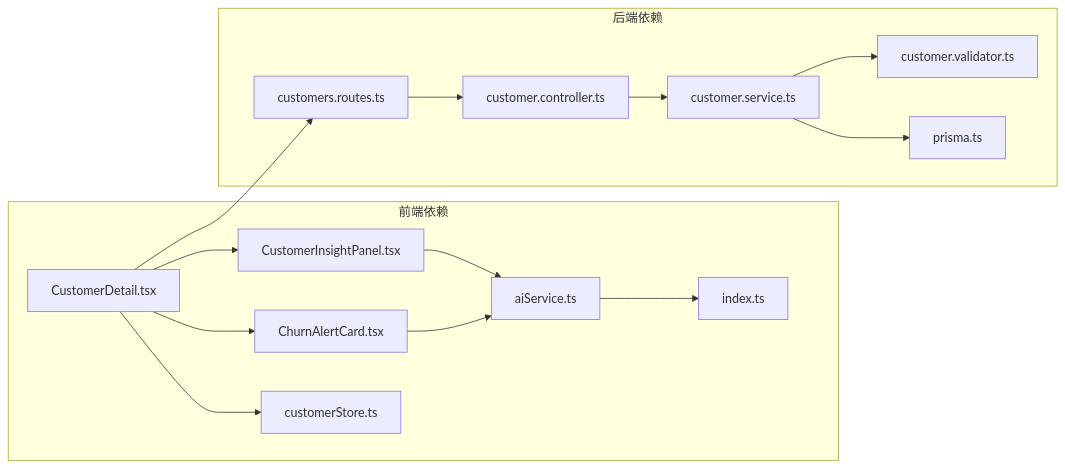
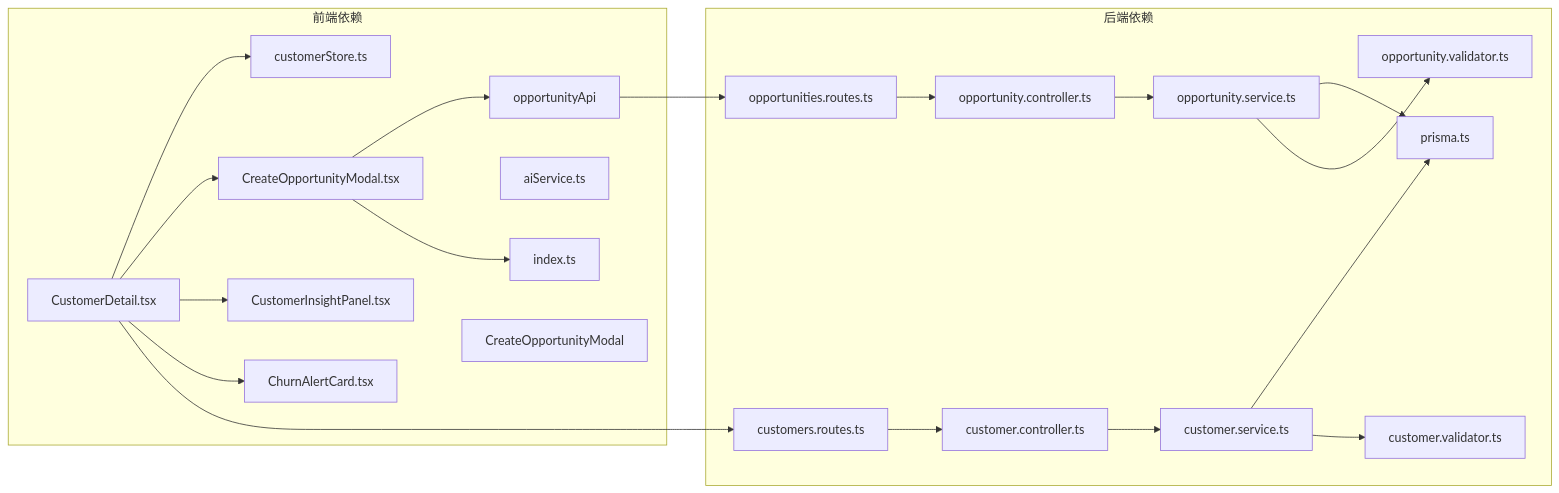
The ninth of 9 diagrams in .qoder/repowiki/zh/content/Customer Detail Page.md (xianjianshenqu/SalesFlow-CRM), drawn with Mermaid before and after one commit. The commit also changed other lines of this file and 28 other files, not shown here.

````diff
--- a/.qoder/repowiki/zh/content/Customer Detail Page.md
+++ b/.qoder/repowiki/zh/content/Customer Detail Page.md
@@ -313,29 +439,41 @@
 ```mermaid
 graph LR
 subgraph "前端依赖"
 CustomerDetail[CustomerDetail.tsx]
+CreateOpportunityModal[CreateOpportunityModal.tsx]
 CustomerInsight[CustomerInsightPanel.tsx]
 ChurnAlert[ChurnAlertCard.tsx]
 CustomerStore[customerStore.ts]
+OpportunityApi[opportunityApi]
 AIService[aiService.ts]
 Types[index.ts]
+Modal[CreateOpportunityModal]
 end
 subgraph "后端依赖"
 CustomerController[customer.controller.ts]
+OpportunityController[opportunity.controller.ts]
 CustomerService[customer.service.ts]
+OpportunityService[opportunity.service.ts]
 CustomerValidator[customer.validator.ts]
+OpportunityValidator[opportunity.validator.ts]
 Routes[customers.routes.ts]
+OpportunityRoutes[opportunities.routes.ts]
 Prisma[prisma.ts]
 end
 CustomerDetail --> CustomerStore
+CustomerDetail --> CreateOpportunityModal
 CustomerDetail --> CustomerInsight
 CustomerDetail --> ChurnAlert
-CustomerInsight --> AIService
-ChurnAlert --> AIService
-AIService --> Types
+CreateOpportunityModal --> OpportunityApi
+CreateOpportunityModal --> Types
+OpportunityApi --> OpportunityRoutes
+OpportunityRoutes --> OpportunityController
+OpportunityController --> OpportunityService
+OpportunityService --> Prisma
+OpportunityService --> OpportunityValidator
 CustomerDetail --> Routes
 Routes --> CustomerController
 CustomerController --> CustomerService
 CustomerService --> Prisma
 CustomerService --> CustomerValidator
 ```
````
